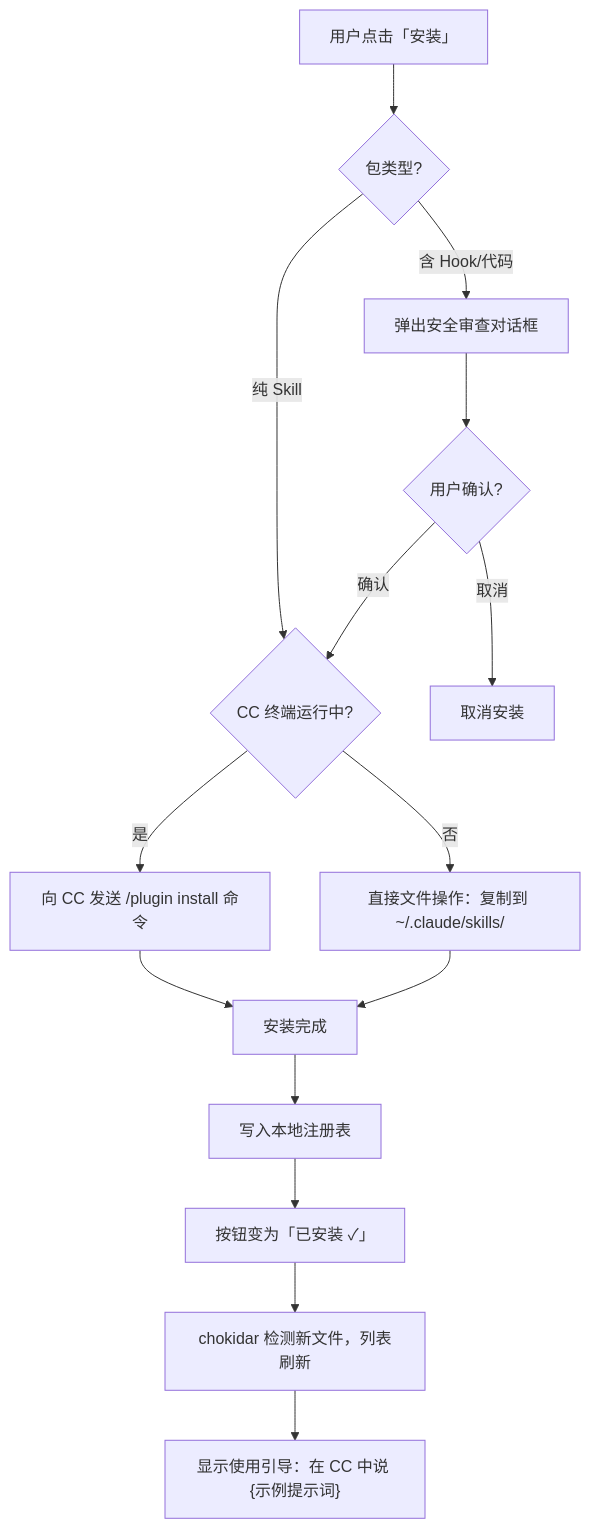
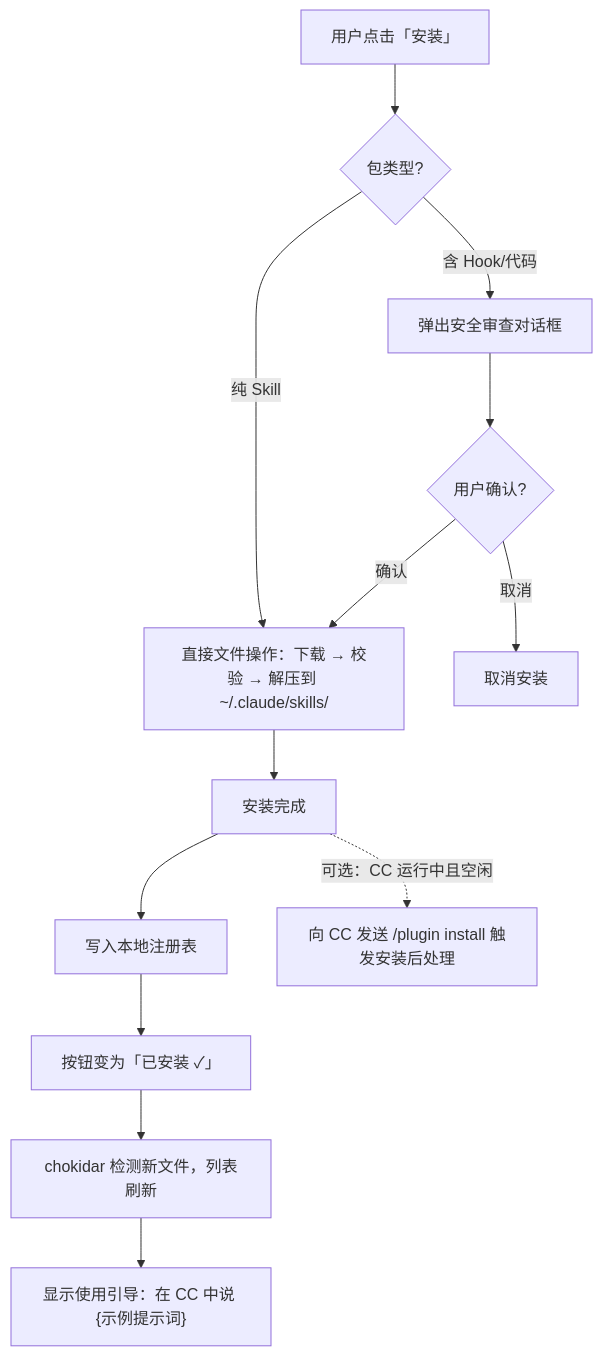
One commit to muxvo/muxvo changed the fifth of 29 diagrams in PRD.md. Above: the diagram before and after it, drawn with Mermaid. The commit also changed other lines of this file, not shown here.

````diff
--- a/PRD.md
+++ b/PRD.md
@@ -487,17 +485,15 @@
 ```mermaid
 flowchart TD
     A[用户点击「安装」] --> B{包类型?}
-    B -->|纯 Skill| C{CC 终端运行中?}
+    B -->|纯 Skill| G[直接文件操作：下载 → 校验 → 解压到 ~/.claude/skills/]
     B -->|含 Hook/代码| D[弹出安全审查对话框]
     D --> E{用户确认?}
     E -->|取消| F[取消安装]
-    E -->|确认| C
-    C -->|是| G["向 CC 发送 /plugin install 命令"]
-    C -->|否| H[直接文件操作：复制到 ~/.claude/skills/]
+    E -->|确认| G
     G --> I[安装完成]
-    H --> I
     I --> J[写入本地注册表]
     J --> K["按钮变为「已安装 ✓」"]
     K --> L["chokidar 检测新文件，列表刷新"]
     L --> M["显示使用引导：在 CC 中说 {示例提示词}"]
+    I -.->|可选：CC 运行中且空闲| N["向 CC 发送 /plugin install 触发安装后处理"]
 ```
````
